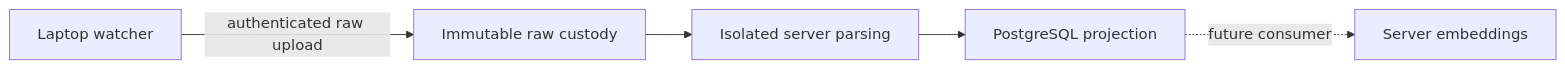
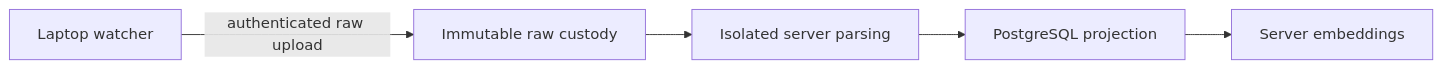
Before and after one commit to kenn-io/agentsview: the diagram in docs/hosted-raw-sync.md, drawn with Mermaid. The commit also changed other lines of this file and 56 other files, not shown here.

````diff
--- a/docs/hosted-raw-sync.md
+++ b/docs/hosted-raw-sync.md
@@ -12,7 +12,7 @@
 ```mermaid
 flowchart LR
     Watcher["Laptop watcher"] -->|"authenticated raw upload"| Custody["Immutable raw custody"]
     Custody --> Parser["Isolated server parsing"]
     Parser --> PostgreSQL["PostgreSQL projection"]
-    PostgreSQL -. "future consumer" .-> Embeddings["Server embeddings"]
+    PostgreSQL --> Embeddings["Server embeddings"]
 ```
````
